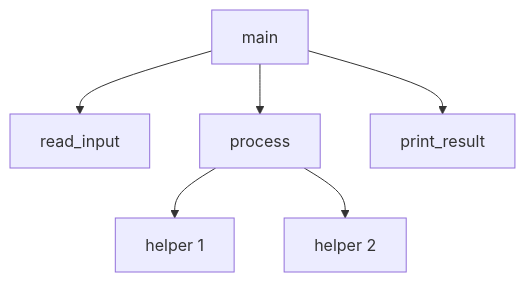
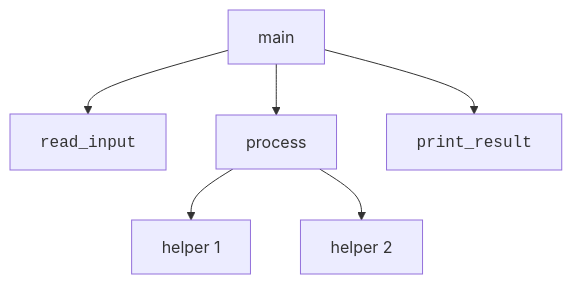
The first of 2 diagrams in content/learn/c-programming-for-beginners/functions.mdx (dataslope/dataslope), drawn with Mermaid before and after one commit. The commit also changed other lines of this file and 218 other files, not shown here.

First line of the commit message:
Render code-only mermaid shapes in monospace; convert step sequences to Steps (#467)

````diff
--- a/content/learn/c-programming-for-beginners/functions.mdx
+++ b/content/learn/c-programming-for-beginners/functions.mdx
@@ -169,8 +169,8 @@
 ```mermaid
 flowchart TD
-    M[main] --> R[read_input]
+    M[main] --> R["<code>read_input</code>"]
     M --> P[process]
-    M --> O[print_result]
+    M --> O["<code>print_result</code>"]
     P --> H1[helper 1]
     P --> H2[helper 2]
 ```
````
